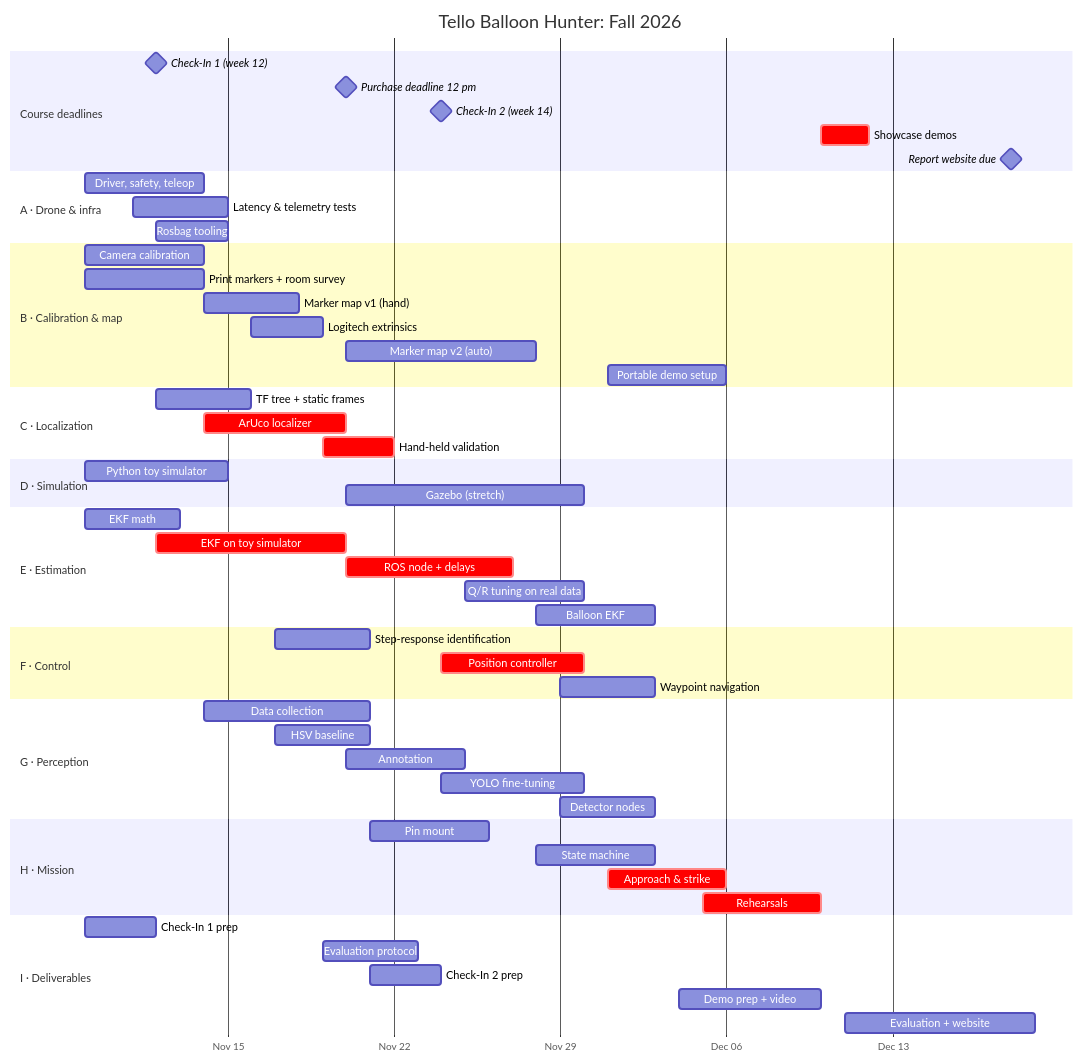
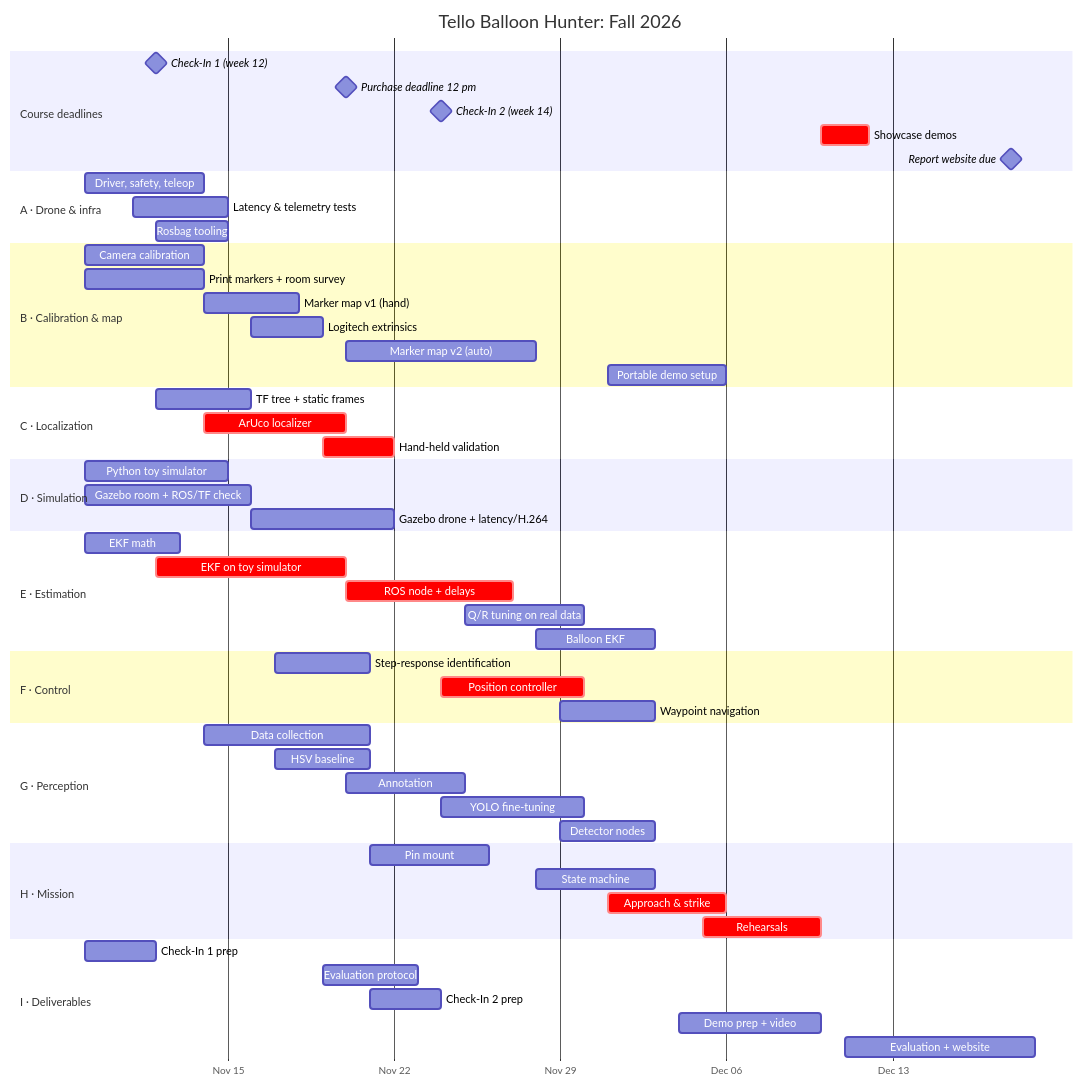
Before and after one commit to clementdumeril/tello-balloon-hunter: the first of 2 diagrams in docs/PLAN.md, drawn with Mermaid. The commit also changed other lines of this file and 1 other file, not shown here.

Commit message:
Make the Gazebo room a priority for validating ROS nodes and TF

````diff
--- a/docs/PLAN.md
+++ b/docs/PLAN.md
@@ -42,67 +42,68 @@
 ```mermaid
 gantt
     title Tello Balloon Hunter: Fall 2026
     dateFormat YYYY-MM-DD
     axisFormat %b %d
 
     section Course deadlines
     Check-In 1 (week 12)          :milestone, d1, 2026-11-12, 0d
     Purchase deadline 12 pm       :milestone, d2, 2026-11-20, 0d
     Check-In 2 (week 14)          :milestone, d3, 2026-11-24, 0d
     Showcase demos                :crit, d4, 2026-12-10, 2d
     Report website due            :milestone, d5, 2026-12-18, 0d
 
     section A · Drone & infra
     Driver, safety, teleop        :a1, 2026-11-09, 5d
     Latency & telemetry tests     :a2, 2026-11-11, 4d
     Rosbag tooling                :a3, 2026-11-12, 3d
 
     section B · Calibration & map
     Camera calibration            :b1, 2026-11-09, 5d
     Print markers + room survey   :b2, 2026-11-09, 5d
     Marker map v1 (hand)          :b3, 2026-11-14, 4d
     Logitech extrinsics           :b4, 2026-11-16, 3d
     Marker map v2 (auto)          :b5, 2026-11-20, 8d
     Portable demo setup           :b6, 2026-12-01, 5d
 
     section C · Localization
     TF tree + static frames       :c1, 2026-11-12, 4d
     ArUco localizer               :crit, c2, 2026-11-14, 6d
     Hand-held validation          :crit, c3, 2026-11-19, 3d
 
     section D · Simulation
     Python toy simulator          :d6, 2026-11-09, 6d
-    Gazebo (stretch)              :d7, 2026-11-20, 10d
+    Gazebo room + ROS/TF check    :d7, 2026-11-09, 7d
+    Gazebo drone + latency/H.264  :d8, 2026-11-16, 6d
 
     section E · Estimation
     EKF math                      :e1, 2026-11-09, 4d
     EKF on toy simulator          :crit, e2, 2026-11-12, 8d
     ROS node + delays             :crit, e3, 2026-11-20, 7d
     Q/R tuning on real data       :e4, 2026-11-25, 5d
     Balloon EKF                   :e5, 2026-11-28, 5d
 
     section F · Control
     Step-response identification  :f1, 2026-11-17, 4d
     Position controller           :crit, f2, 2026-11-24, 6d
     Waypoint navigation           :f3, 2026-11-29, 4d
 
     section G · Perception
     Data collection               :g1, 2026-11-14, 7d
     HSV baseline                  :g2, 2026-11-17, 4d
     Annotation                    :g3, 2026-11-20, 5d
     YOLO fine-tuning              :g4, 2026-11-24, 6d
     Detector nodes                :g5, 2026-11-29, 4d
 
     section H · Mission
     Pin mount                     :h1, 2026-11-21, 5d
     State machine                 :h2, 2026-11-28, 5d
     Approach & strike             :crit, h3, 2026-12-01, 5d
     Rehearsals                    :crit, h4, 2026-12-05, 5d
 
     section I · Deliverables
     Check-In 1 prep               :i1, 2026-11-09, 3d
     Evaluation protocol           :i2, 2026-11-19, 4d
     Check-In 2 prep               :i3, 2026-11-21, 3d
     Demo prep + video             :i4, 2026-12-04, 6d
     Evaluation + website          :i5, 2026-12-11, 8d
 ```
````
